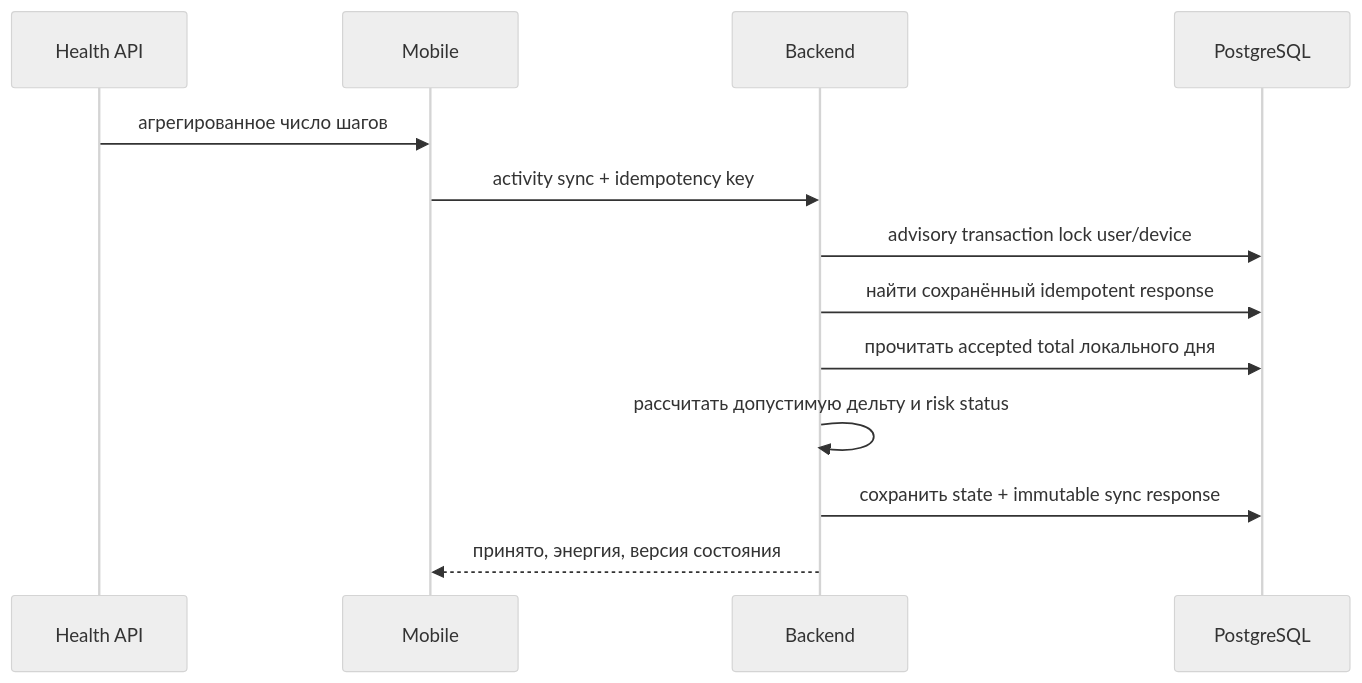
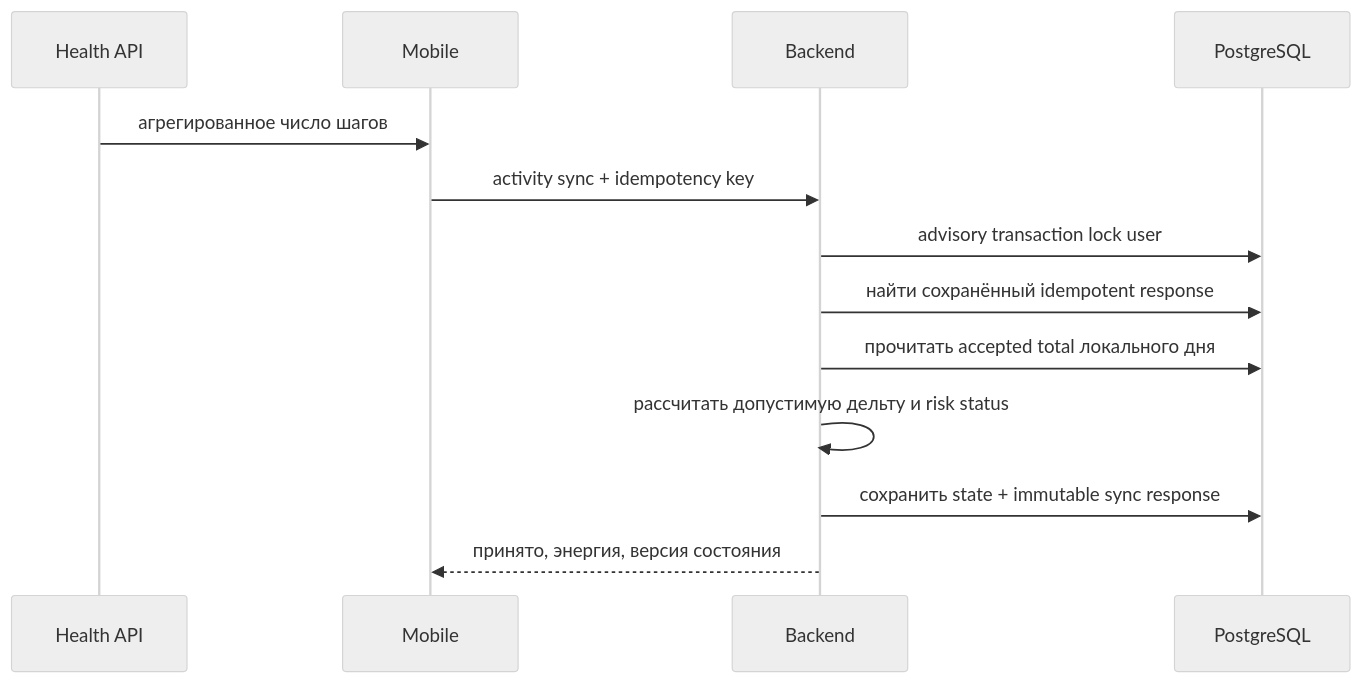
Before and after one commit to MKSEgr/walking-rpg: the diagram in docs/ARCHITECTURE.md, drawn with Mermaid (neutral theme). The commit also changed other lines of this file, not shown here.

Commit message:
docs: align architecture with user-level activity high-watermark

````diff
--- a/docs/ARCHITECTURE.md
+++ b/docs/ARCHITECTURE.md
@@ -41,16 +41,16 @@
 ```mermaid
 sequenceDiagram
     participant H as Health API
     participant M as Mobile
     participant B as Backend
     participant D as PostgreSQL
 
     H->>M: агрегированное число шагов
     M->>B: activity sync + idempotency key
-    B->>D: advisory transaction lock user/device
+    B->>D: advisory transaction lock user
     B->>D: найти сохранённый idempotent response
     B->>D: прочитать accepted total локального дня
     B->>B: рассчитать допустимую дельту и risk status
     B->>D: сохранить state + immutable sync response
     B-->>M: принято, энергия, версия состояния
 ```
````
